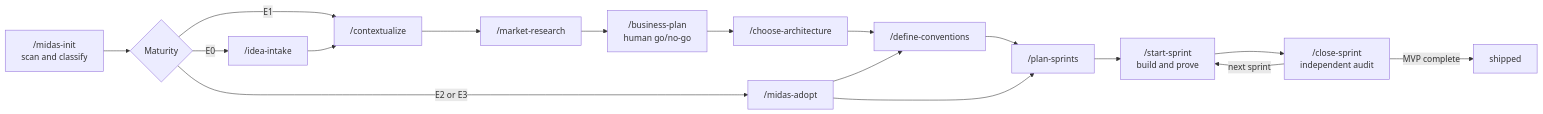
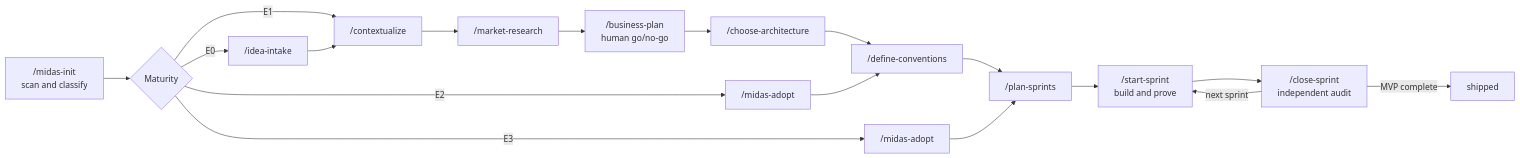
The first of 6 diagrams in cli/template/.harness/engine/docs/skill-flows.md (okuzpe/midas-harness), drawn with Mermaid before and after one commit. The commit also changed other lines of this file and 302 other files, not shown here.

First line of the commit message:
feat: land Gentleman flows and Lite track wiring

````diff
--- a/cli/template/.harness/engine/docs/skill-flows.md
+++ b/cli/template/.harness/engine/docs/skill-flows.md
@@ -31,19 +31,20 @@
 ```mermaid
 flowchart LR
   Init["/midas-init<br/>scan and classify"] --> Entry{"Maturity"}
   Entry -->|E0| P0["/idea-intake"]
   Entry -->|E1| P1["/contextualize"]
-  Entry -->|E2 or E3| Adopt["/midas-adopt"]
+  Entry -->|E2| AdoptE2["/midas-adopt"]
+  Entry -->|E3| AdoptE3["/midas-adopt"]
   P0 --> P1
   P1 --> P2["/market-research"]
   P2 --> P3["/business-plan<br/>human go/no-go"]
   P3 --> P4["/choose-architecture"]
   P4 --> P5["/define-conventions"]
-  Adopt --> P5
+  AdoptE2 --> P5
   P5 --> P6["/plan-sprints"]
-  Adopt --> P6
+  AdoptE3 --> P6
   P6 --> P7["/start-sprint<br/>build and prove"]
   P7 --> P8["/close-sprint<br/>independent audit"]
   P8 -->|next sprint| P7
   P8 -->|MVP complete| Ship["shipped"]
 ```
````
